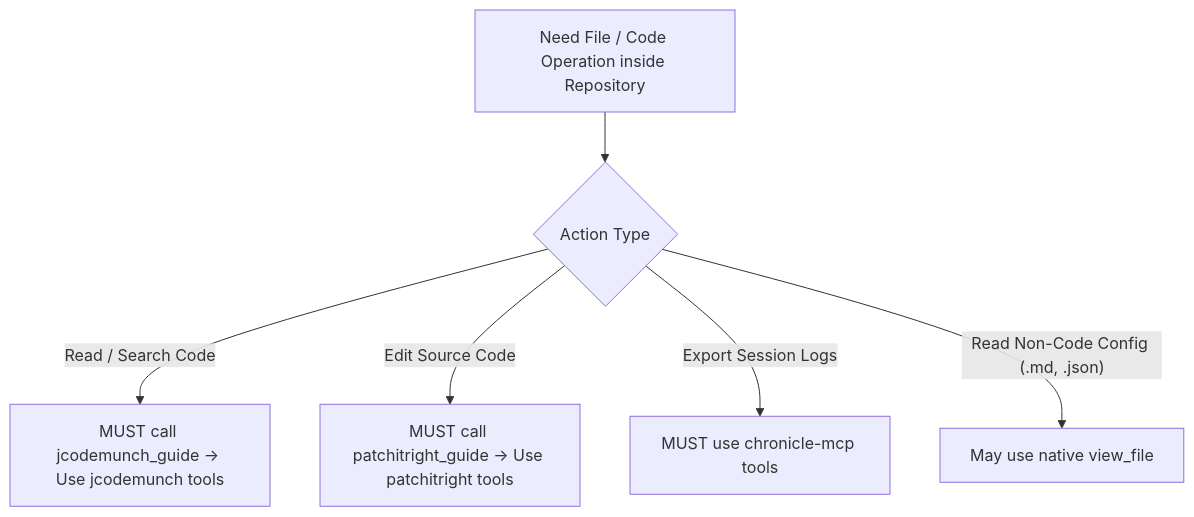
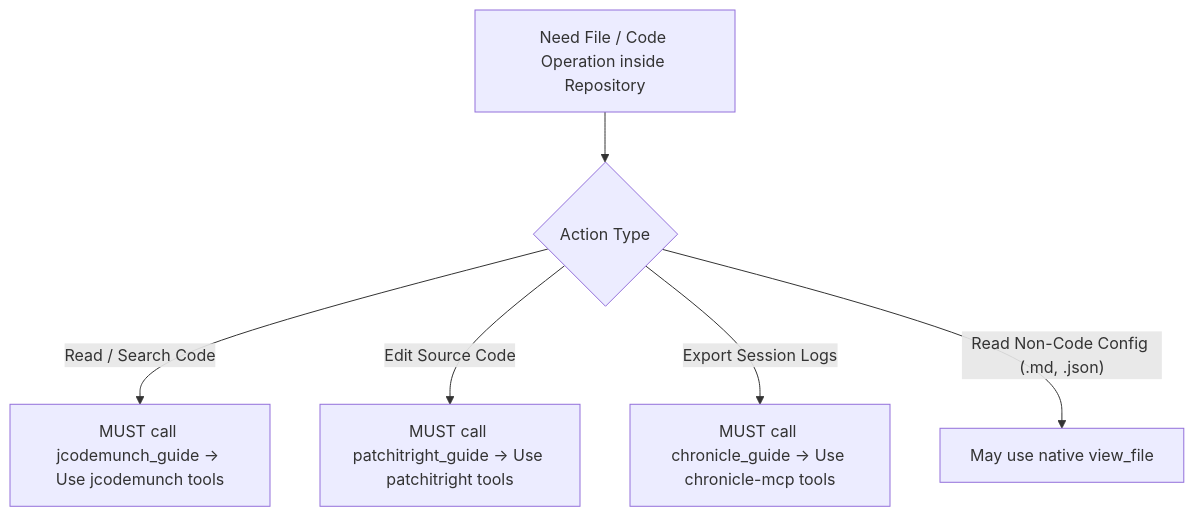
The seventh of 7 diagrams in AGENTS.md (loerei/myskills), drawn with Mermaid before and after one commit. The commit also changed other lines of this file, not shown here.

Commit message:
Update global policies: Add chronicle_guide and session reading rules to Tool Selection Matrix Router

````diff
--- a/AGENTS.md
+++ b/AGENTS.md
@@ -149,8 +149,8 @@
 ```mermaid
 flowchart TD
     FileAction["Need File / Code Operation inside Repository"] --> ActionType{"Action Type"}
     ActionType -->|"Read / Search Code"| CodeMunch["MUST call jcodemunch_guide -> Use jcodemunch tools"]
     ActionType -->|"Edit Source Code"| PatchItRight["MUST call patchitright_guide -> Use patchitright tools"]
-    ActionType -->|"Export Session Logs"| Chronicle["MUST use chronicle-mcp tools"]
+    ActionType -->|"Export Session Logs"| Chronicle["MUST call chronicle_guide -> Use chronicle-mcp tools"]
     ActionType -->|"Read Non-Code Config (.md, .json)"| ViewFile["May use native view_file"]
 ```
````
